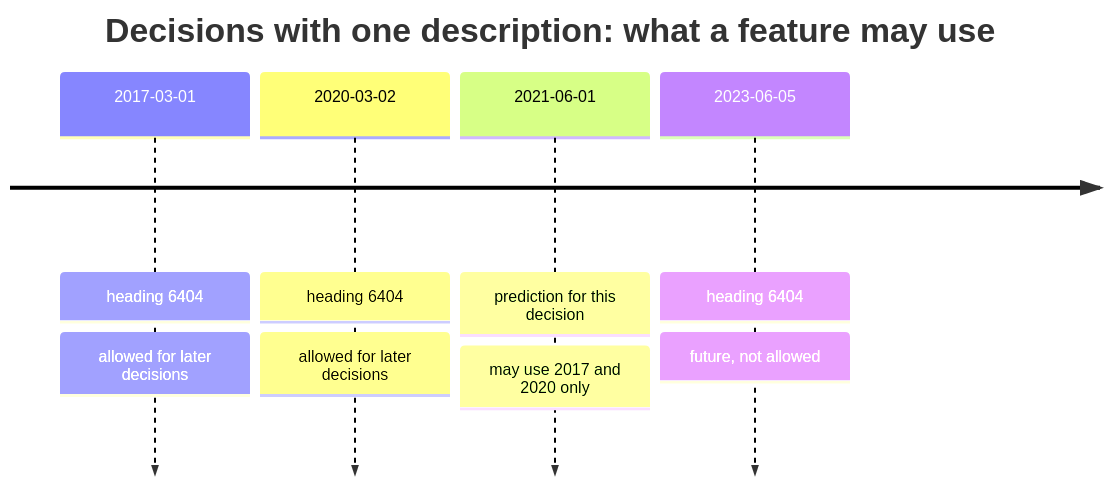
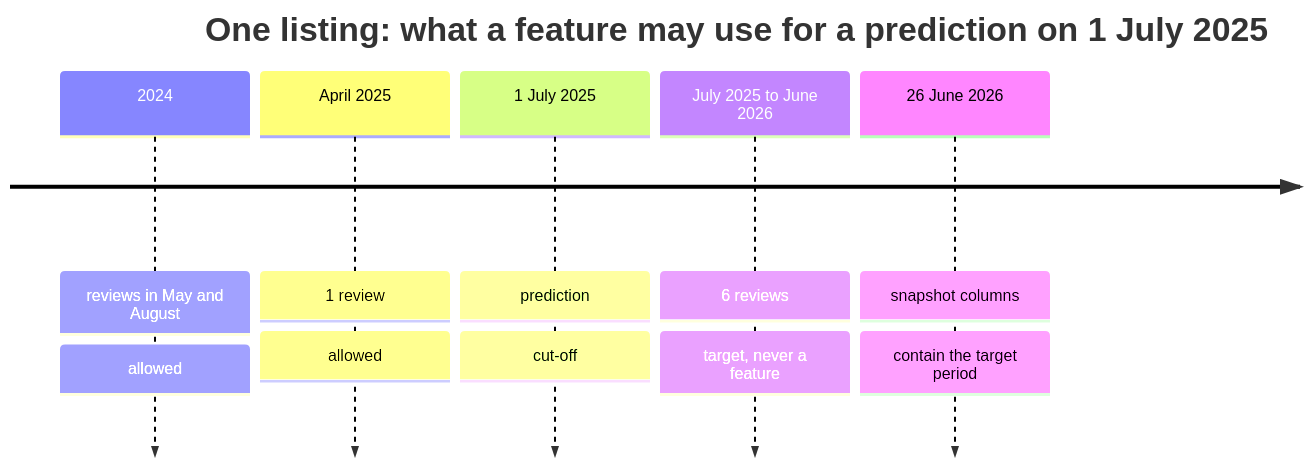
Before and after one commit to khoadaniel/statistical-programming-mpmd-htw-ws-2026: the first of 2 diagrams in sessions/09-feature-engineering-and-imbalance/theory/02-aggregates-leakage-and-text-statistics.md, drawn with Mermaid. The commit also changed other lines of this file and 106 other files, not shown here.

````diff
--- a/sessions/09-feature-engineering-and-imbalance/theory/02-aggregates-leakage-and-text-statistics.md
+++ b/sessions/09-feature-engineering-and-imbalance/theory/02-aggregates-leakage-and-text-statistics.md
@@ -27,8 +30,9 @@
 ```mermaid
 timeline
-    title Decisions with one description: what a feature may use
-    2017-03-01 : heading 6404 : allowed for later decisions
-    2020-03-02 : heading 6404 : allowed for later decisions
-    2021-06-01 : prediction for this decision : may use 2017 and 2020 only
-    2023-06-05 : heading 6404 : future, not allowed
+    title One listing: what a feature may use for a prediction on 1 July 2025
+    2024 : reviews in May and August : allowed
+    April 2025 : 1 review : allowed
+    1 July 2025 : prediction : cut-off
+    July 2025 to June 2026 : 6 reviews : target, never a feature
+    26 June 2026 : snapshot columns : contain the target period
 ```
````
